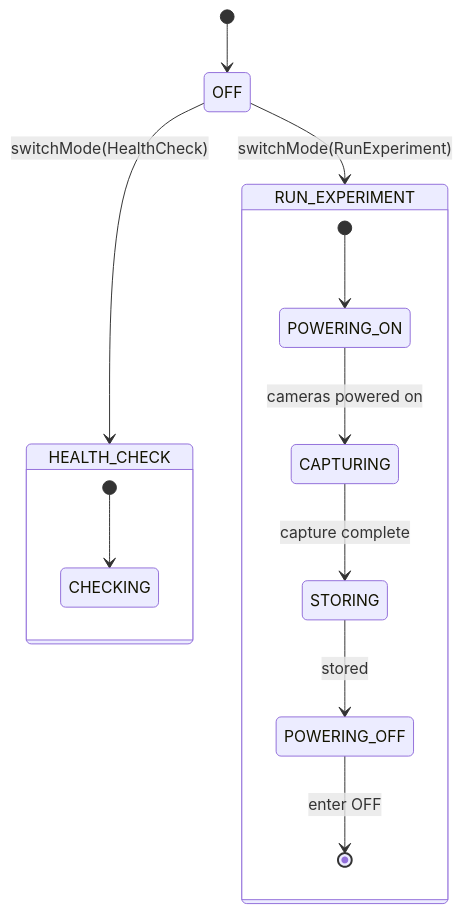
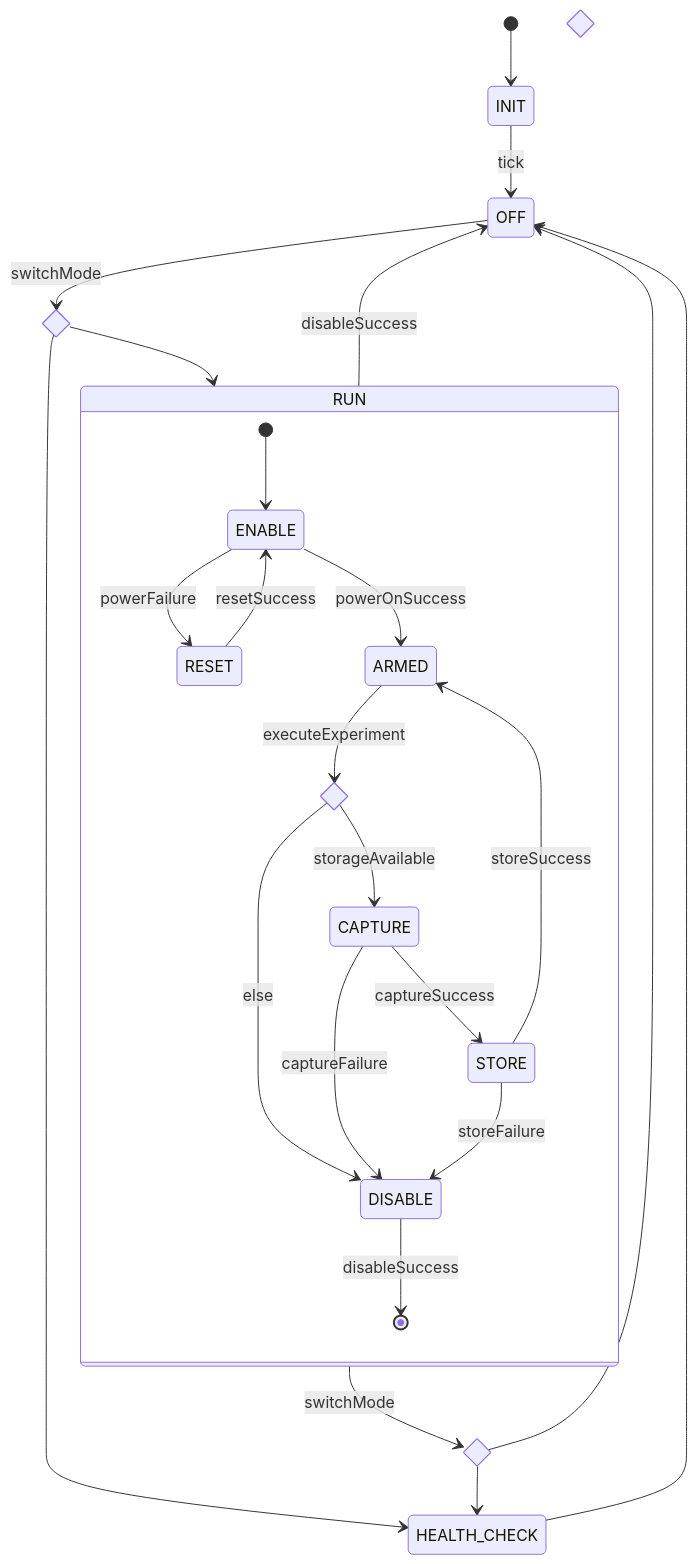
Before and after one commit to UWCubeSat/hs2-software-design: the diagram in docs/DataCollection/DataCollectionApplication.md, drawn with Mermaid. The commit also changed other lines of this file and 14 other files, not shown here.

Commit message:
docs: resolve diagram and naming conflicts

````diff
--- a/docs/DataCollection/DataCollectionApplication.md
+++ b/docs/DataCollection/DataCollectionApplication.md
@@ -105,17 +73,39 @@
 ```mermaid
-stateDiagram-v2
-    [*] --> OFF
-    OFF --> HEALTH_CHECK: switchMode(HealthCheck)
-    OFF --> RUN_EXPERIMENT: switchMode(RunExperiment)
+stateDiagram
+    [*] --> INIT
+    INIT --> OFF : tick
 
-    state HEALTH_CHECK {
-        [*] --> CHECKING
+    state OFF_SWITCH_MODE <<choice>>
+    OFF --> OFF_SWITCH_MODE : switchMode
+    OFF_SWITCH_MODE --> HEALTH_CHECK
+    OFF_SWITCH_MODE --> RUN
+
+    state HEALTH_CHECK_SWITCH_MODE <<choice>>
+    HEALTH_CHECK --> OFF
+
+    state RUN_SWITCH_MODE <<choice>>
+    RUN --> RUN_SWITCH_MODE : switchMode
+    RUN_SWITCH_MODE --> OFF
+    RUN_SWITCH_MODE --> HEALTH_CHECK
+
+    state RUN {
+        [*] --> ENABLE
+
+        RESET --> ENABLE : resetSuccess
+        ENABLE --> ARMED : powerOnSuccess
+        ENABLE --> RESET : powerFailure
+
+        state STORAGE_CHECK <<choice>>
+        ARMED --> STORAGE_CHECK : executeExperiment
+        STORAGE_CHECK --> CAPTURE : storageAvailable
+        STORAGE_CHECK --> DISABLE : else
+
+        CAPTURE --> STORE : captureSuccess
+        CAPTURE --> DISABLE : captureFailure
+        STORE --> ARMED : storeSuccess
+        STORE --> DISABLE : storeFailure
+
+        DISABLE --> [*] : disableSuccess
     }
-    state RUN_EXPERIMENT {
-        [*] --> POWERING_ON
-        POWERING_ON --> CAPTURING: cameras powered on
-        CAPTURING --> STORING: capture complete
-        STORING --> POWERING_OFF: stored
-        POWERING_OFF --> [*]: enter OFF
-    }
+    RUN --> OFF : disableSuccess
 ```
````
